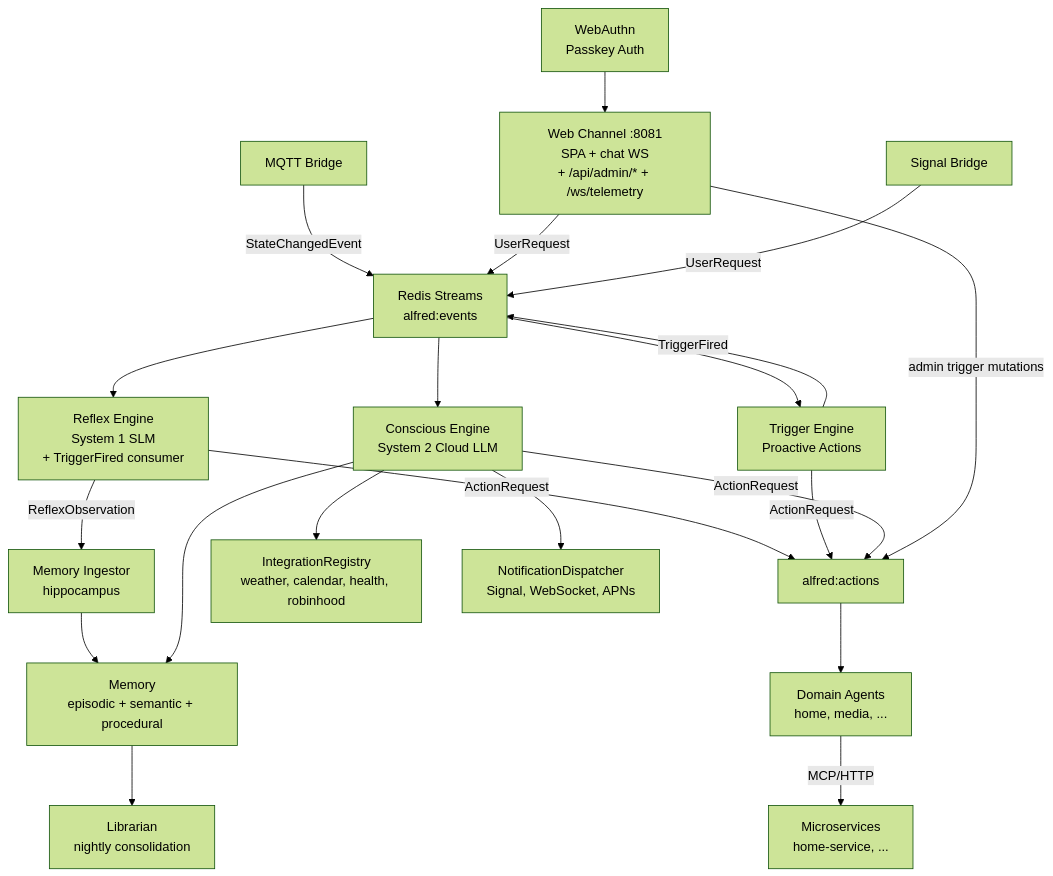
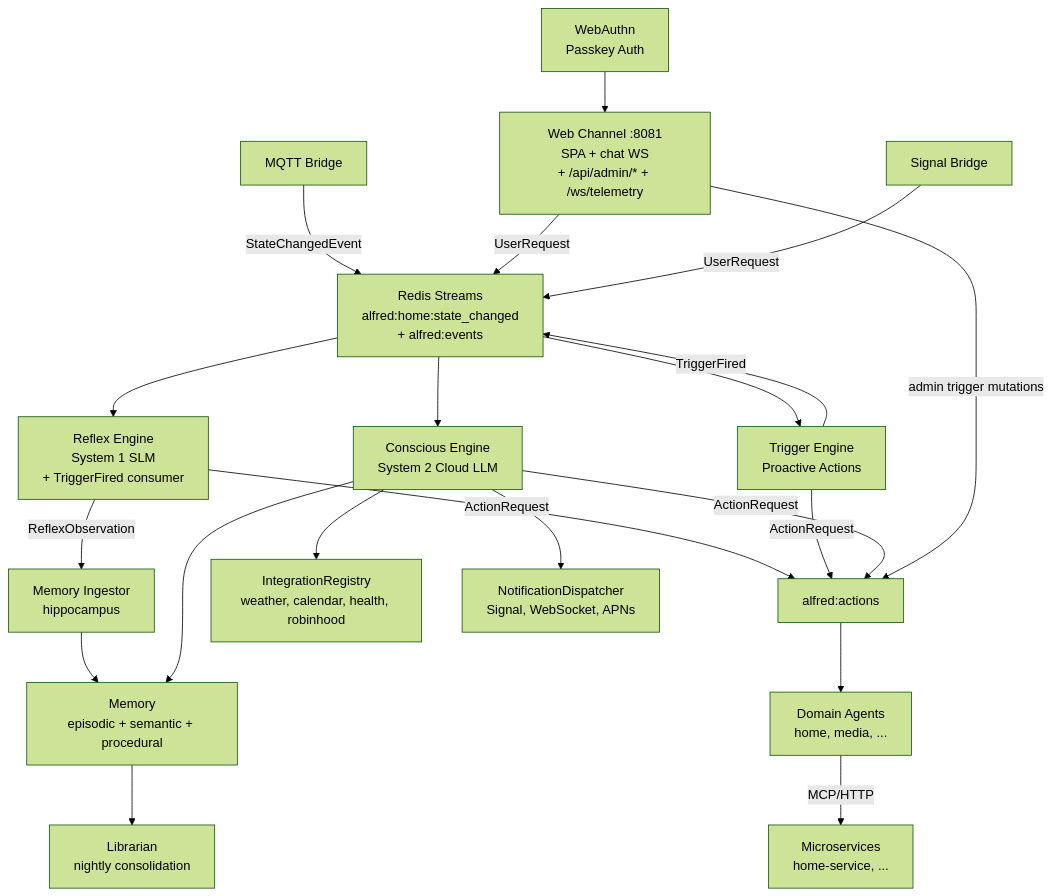
One commit to anirudhlath/alfred changed the diagram in CLAUDE.md. Above: the diagram before and after it, drawn with Mermaid (forest theme). The commit also changed other lines of this file and 20 other files, not shown here.

````diff
--- a/CLAUDE.md
+++ b/CLAUDE.md
@@ -134,23 +135,23 @@
 ```mermaid
 graph TD
-    MQTT[MQTT Bridge] -->|StateChangedEvent| Bus[Redis Streams<br/>alfred:events]
+    MQTT[MQTT Bridge] -->|StateChangedEvent| Bus[Redis Streams<br/>alfred:home:state_changed<br/>+ alfred:events]
     Bus --> Reflex[Reflex Engine<br/>System 1 SLM<br/>+ TriggerFired consumer]
     Bus --> Triggers[Trigger Engine<br/>Proactive Actions]
     Bus --> Conscious[Conscious Engine<br/>System 2 Cloud LLM]
     Reflex -->|ReflexObservation| Ingestor[Memory Ingestor<br/>hippocampus]
     Ingestor --> Memory
     Reflex -->|ActionRequest| Actions[alfred:actions]
     Triggers -->|ActionRequest| Actions
     Triggers -->|TriggerFired| Bus
     Conscious -->|ActionRequest| Actions
     Actions --> Agents[Domain Agents<br/>home, media, ...]
     Agents -->|MCP/HTTP| Services[Microservices<br/>home-service, ...]
     Conscious --> Memory[Memory<br/>episodic + semantic + procedural]
     Conscious --> Integrations[IntegrationRegistry<br/>weather, calendar, health, robinhood]
     Conscious --> Notify[NotificationDispatcher<br/>Signal, WebSocket, APNs]
     Memory --> Librarian[Librarian<br/>nightly consolidation]
     WebAuthn[WebAuthn<br/>Passkey Auth] --> WebChannel
     WebChannel[Web Channel :8081<br/>SPA + chat WS<br/>+ /api/admin/* + /ws/telemetry] -->|UserRequest| Bus
     WebChannel -->|admin trigger mutations| Actions
     Signal[Signal Bridge] -->|UserRequest| Bus
 ```
````
